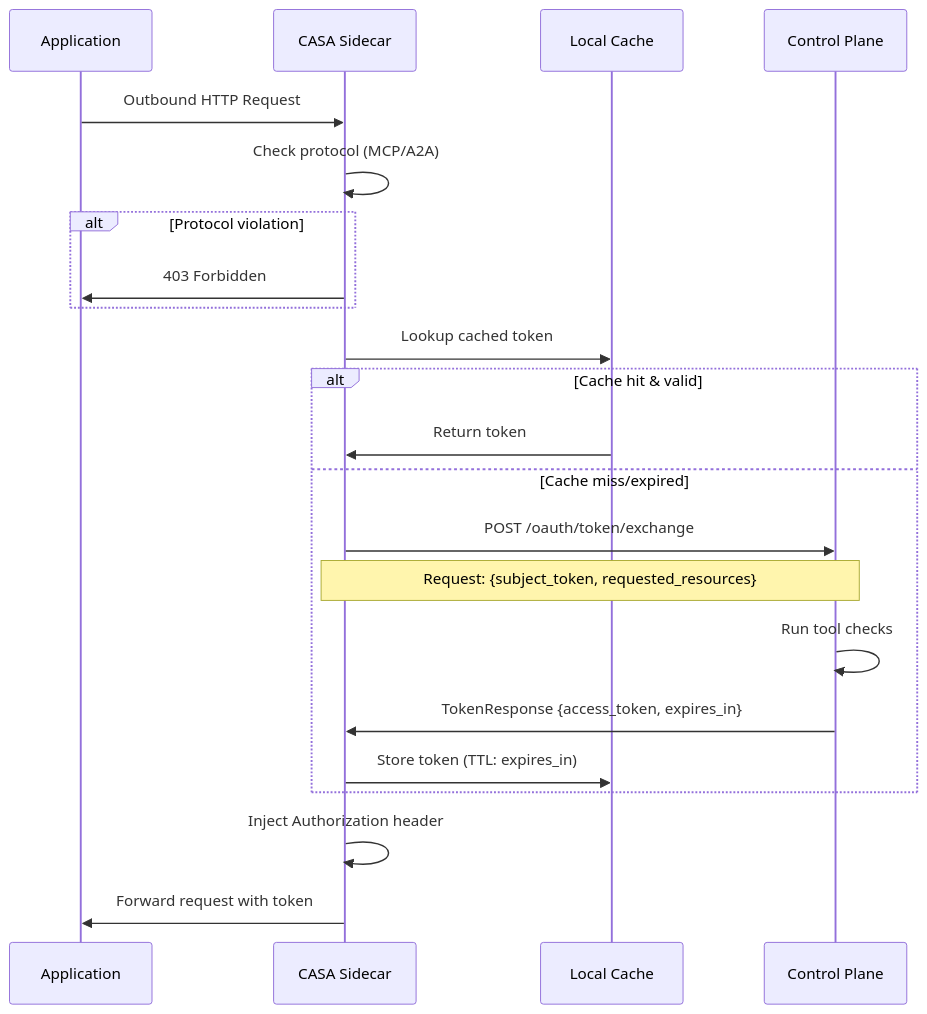
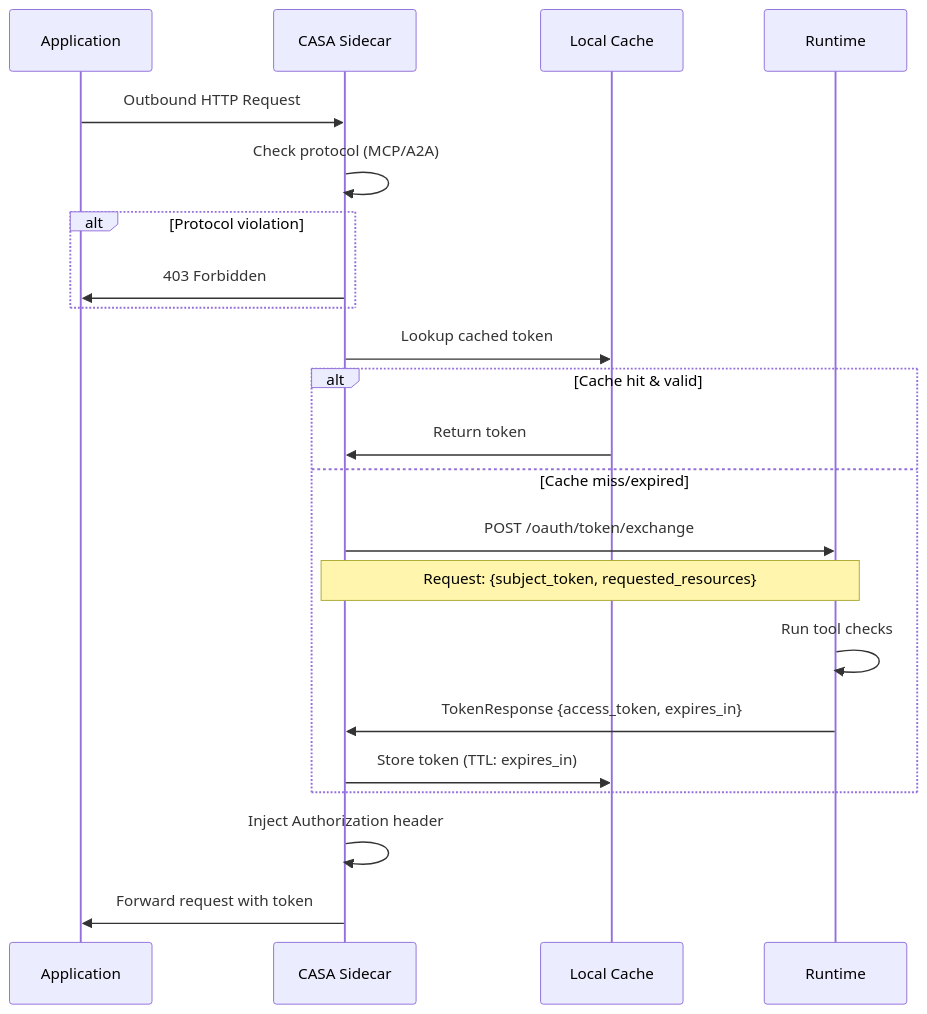
Before and after one commit to outshift-open/CASA: the sixth of 16 diagrams in docs/dev/specs/SPECS.md, drawn with Mermaid. The commit also changed other lines of this file and 95 other files, not shown here.

````diff
--- a/docs/dev/specs/SPECS.md
+++ b/docs/dev/specs/SPECS.md
@@ -943,29 +943,29 @@
 ```mermaid
 sequenceDiagram
     participant APP as Application
     participant SIDECAR as CASA Sidecar
     participant CACHE as Local Cache
-    participant CTRL as Control Plane
+    participant CTRL as Runtime
 
     APP->>SIDECAR: Outbound HTTP Request
     SIDECAR->>SIDECAR: Check protocol (MCP/A2A)
 
     alt Protocol violation
         SIDECAR->>APP: 403 Forbidden
     end
 
     SIDECAR->>CACHE: Lookup cached token
 
     alt Cache hit & valid
         CACHE->>SIDECAR: Return token
     else Cache miss/expired
         SIDECAR->>CTRL: POST /oauth/token/exchange
         Note over SIDECAR,CTRL: Request: {subject_token, requested_resources}
         CTRL->>CTRL: Run tool checks
         CTRL->>SIDECAR: TokenResponse {access_token, expires_in}
         SIDECAR->>CACHE: Store token (TTL: expires_in)
     end
 
     SIDECAR->>SIDECAR: Inject Authorization header
     SIDECAR->>APP: Forward request with token
 ```
````
